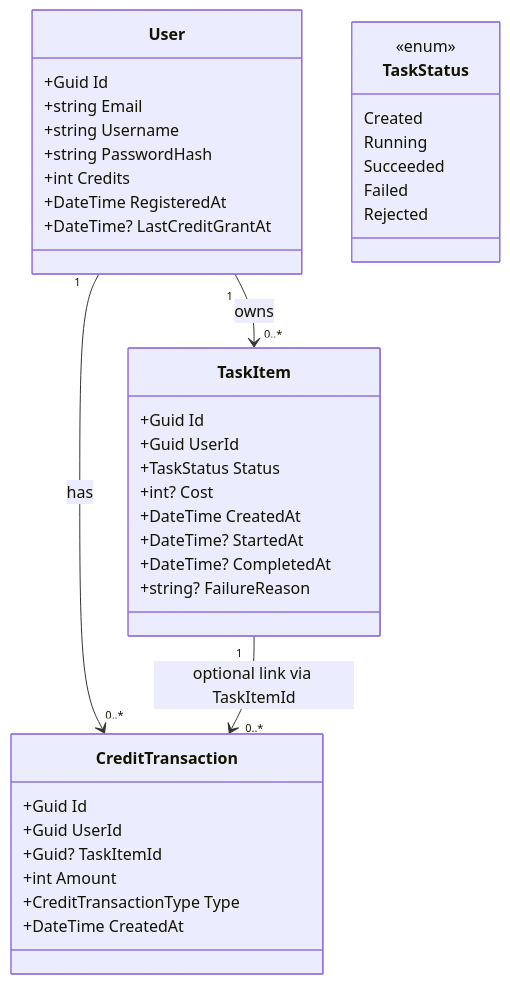
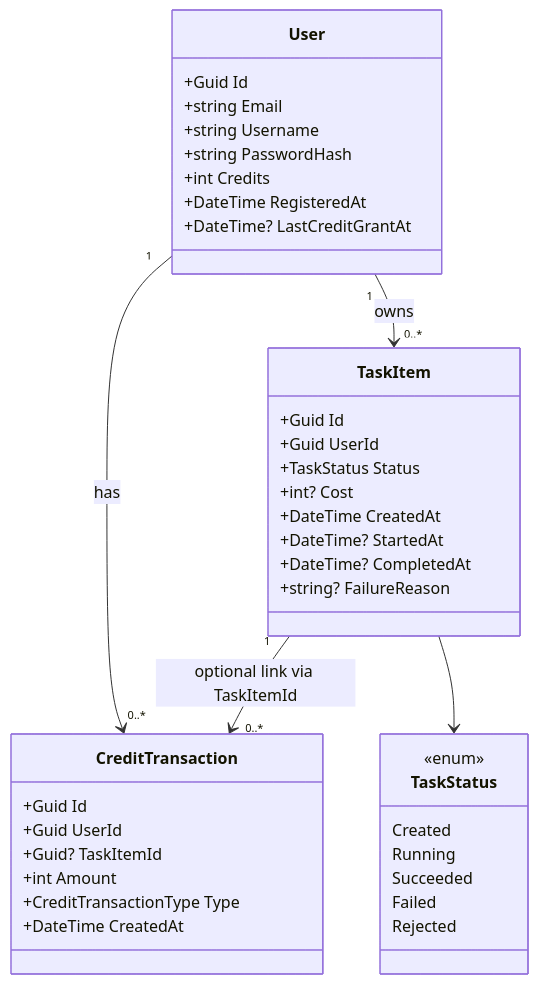
One commit to byteslav/CreditSystem changed the diagram in README.md. Above: the diagram before and after it, drawn with Mermaid.

Commit message:
Tiny fix of readme file

````diff
--- a/README.md
+++ b/README.md
@@ -48,45 +48,46 @@
 ```mermaid
 classDiagram
 		class User {
 			+Guid Id
 			+string Email
 			+string Username
 			+string PasswordHash
 			+int Credits
 			+DateTime RegisteredAt
 			+DateTime? LastCreditGrantAt
 		}
 
 		class TaskItem {
 			+Guid Id
 			+Guid UserId
 			+TaskStatus Status
 			+int? Cost
 			+DateTime CreatedAt
 			+DateTime? StartedAt
 			+DateTime? CompletedAt
 			+string? FailureReason
 		}
 
 		class CreditTransaction {
 			+Guid Id
 			+Guid UserId
 			+Guid? TaskItemId
 			+int Amount
 			+CreditTransactionType Type
 			+DateTime CreatedAt
 		}
 
 		class TaskStatus {
 			<<enum>>
 			Created
 			Running
 			Succeeded
 			Failed
 			Rejected
 		}
 
 		User "1" --> "0..*" TaskItem : owns
 		User "1" --> "0..*" CreditTransaction : has
 		TaskItem "1" --> "0..*" CreditTransaction : optional link via TaskItemId
+		TaskItem --> TaskStatus
 ```
````
